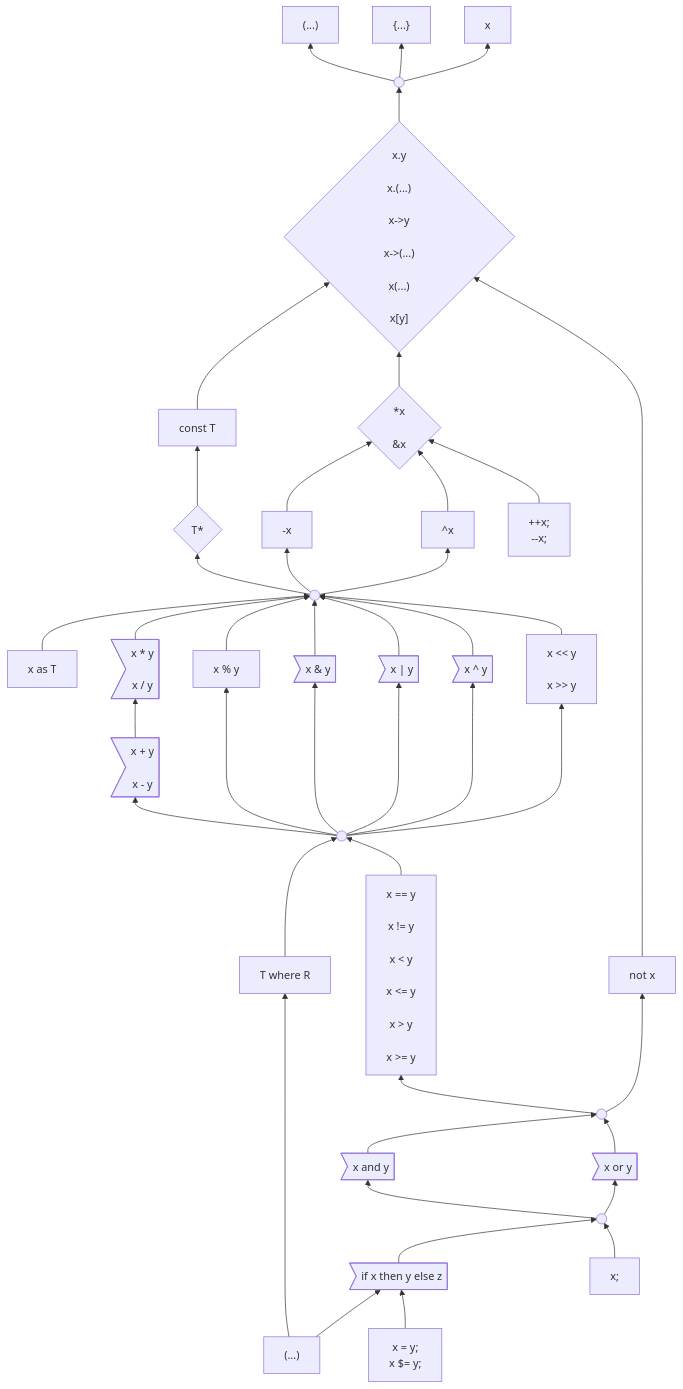
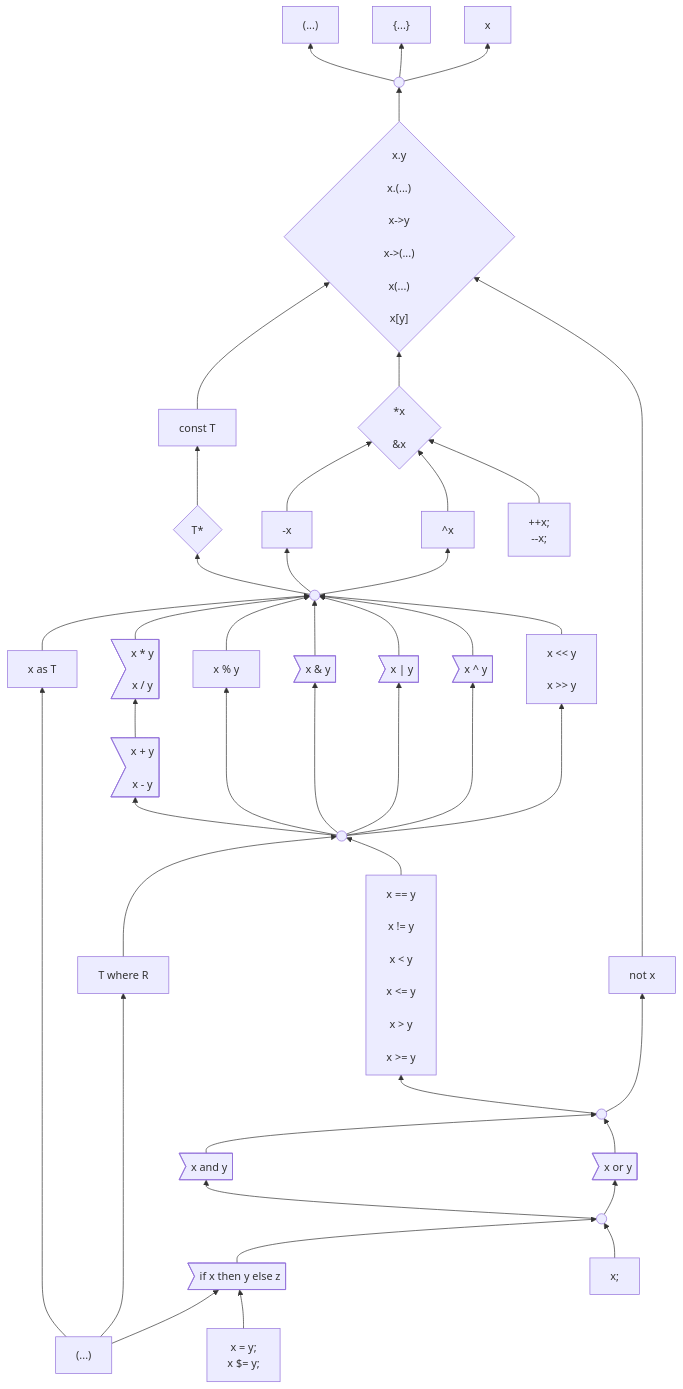
The first of 3 diagrams in docs/design/expressions/README.md (carbon-language/carbon-lang), drawn with Mermaid before and after one commit.

Commit message:
Checkpoint progress.

```diff
--- a/docs/design/expressions/README.md
+++ b/docs/design/expressions/README.md
@@ -179,6 +179,7 @@
     logicalExpression --> and & or
     if & expressionStatement --> logicalExpression
     insideParens & assignment --> if
+    insideParens ---------> as
     insideParens ------> where
     %% Try and improve layout
     %% comparison ~~~ not
```
